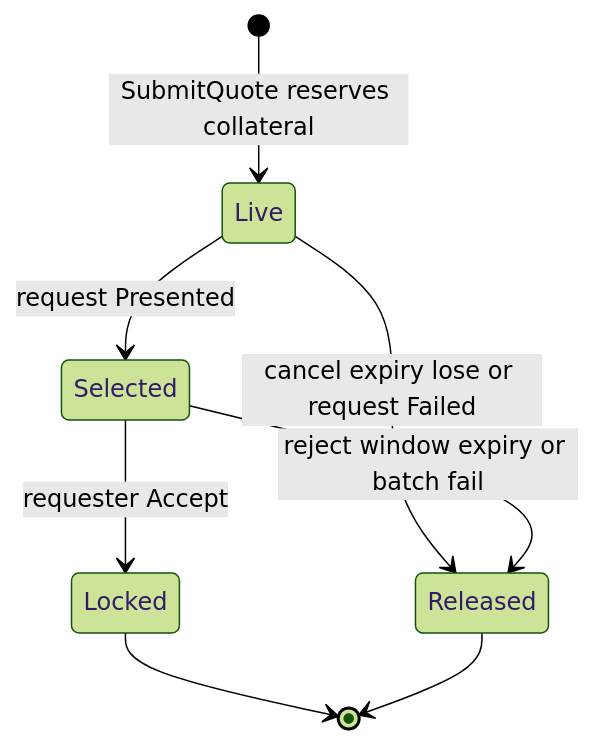
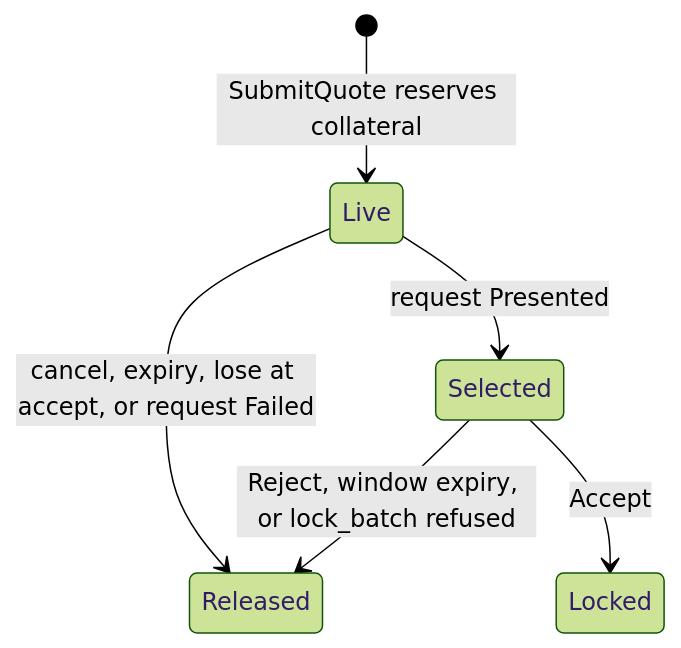
Before and after one commit to SwineCoder101/rfq-matching-settlement-engine: the seventh of 7 diagrams in docs/ARCHITECTURE.md, drawn with Mermaid (forest theme). The commit also changed other lines of this file and 41 other files, not shown here.

````diff
--- a/docs/ARCHITECTURE.md
+++ b/docs/ARCHITECTURE.md
@@ -225,10 +154,8 @@
 ```mermaid
 stateDiagram-v2
     [*] --> Live: SubmitQuote reserves collateral
-    Live --> Released: cancel expiry lose or request Failed
+    Live --> Released: cancel, expiry, lose at accept, or request Failed
     Live --> Selected: request Presented
-    Selected --> Locked: requester Accept
-    Selected --> Released: reject window expiry or batch fail
-    Locked --> [*]
-    Released --> [*]
+    Selected --> Locked: Accept
+    Selected --> Released: Reject, window expiry, or lock_batch refused
 ```
````
